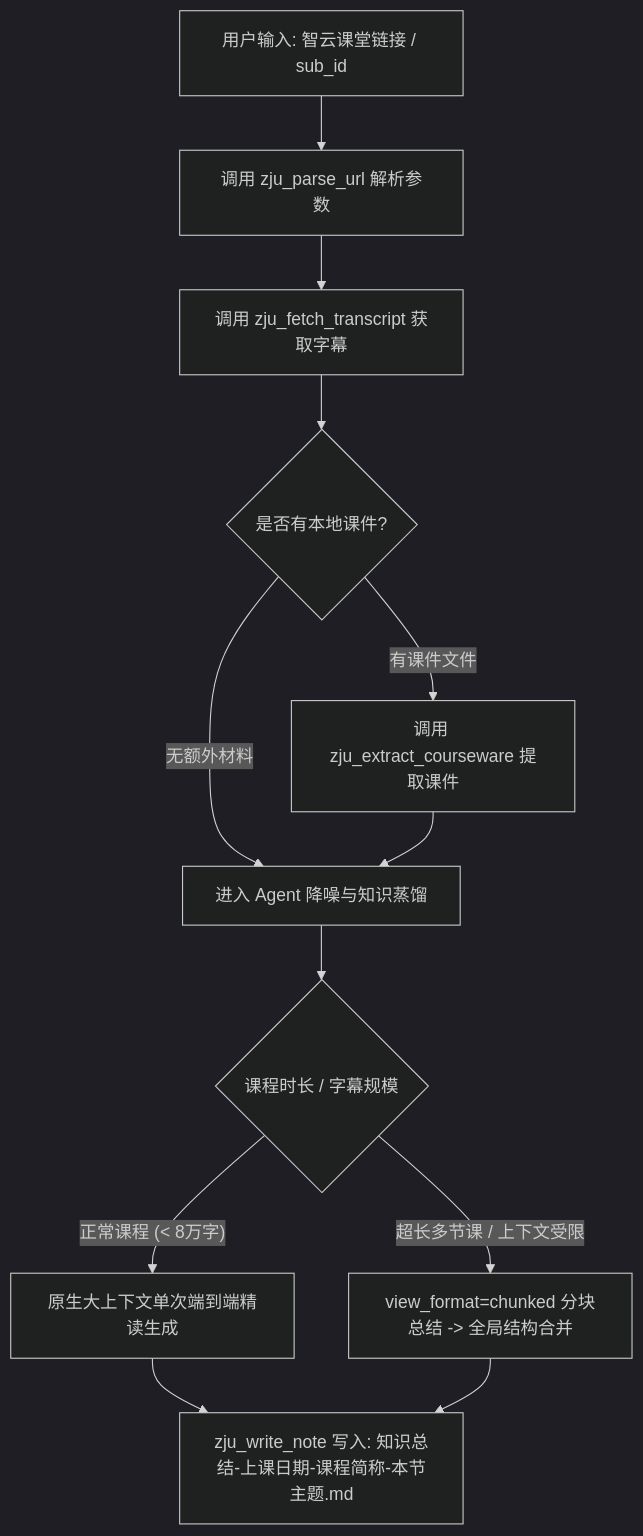
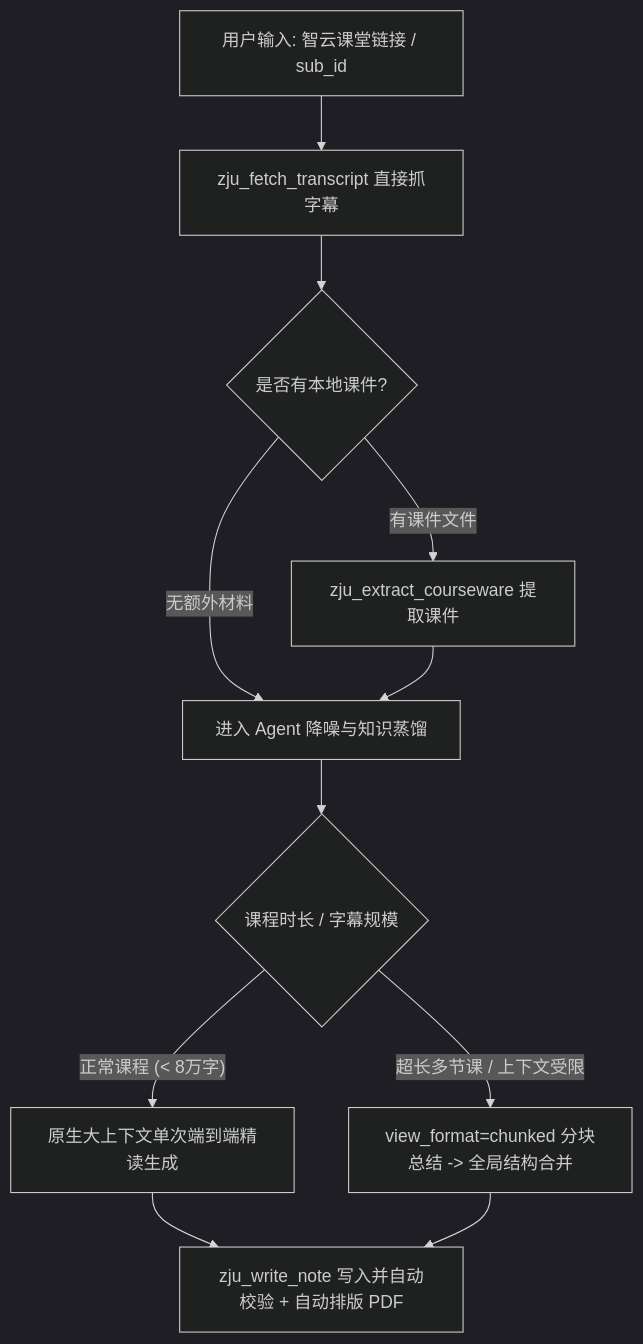
The diagram in skills/zju-lecture-summarizer/SKILL.md (chenqianyu486-sys/dsh-zju-lecture-note), drawn with Mermaid (dark theme) before and after one commit. The commit also changed other lines of this file and 15 other files, not shown here.

````diff
--- a/skills/zju-lecture-summarizer/SKILL.md
+++ b/skills/zju-lecture-summarizer/SKILL.md
@@ -35,14 +39,13 @@
 ```mermaid
 flowchart TD
-    A[用户输入: 智云课堂链接 / sub_id] --> B[调用 zju_parse_url 解析参数]
-    B --> C[调用 zju_fetch_transcript 获取字幕]
+    A[用户输入: 智云课堂链接 / sub_id] --> C[zju_fetch_transcript 直接抓字幕]
     C --> D{是否有本地课件?}
-    D -- 有课件文件 --> E1[调用 zju_extract_courseware 提取课件]
+    D -- 有课件文件 --> E1[zju_extract_courseware 提取课件]
     D -- 无额外材料 --> F[进入 Agent 降噪与知识蒸馏]
     E1 --> F
     F --> G{课程时长 / 字幕规模}
     G -- 正常课程 (< 8万字) --> H1[原生大上下文单次端到端精读生成]
     G -- 超长多节课 / 上下文受限 --> H2[view_format=chunked 分块总结 -> 全局结构合并]
-    H1 --> I[zju_write_note 写入: 知识总结-上课日期-课程简称-本节主题.md]
+    H1 --> I[zju_write_note 写入并自动校验 + 自动排版 PDF]
     H2 --> I
 ```
````
